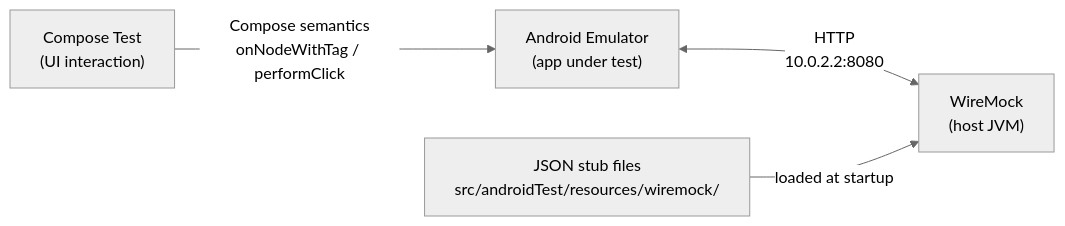
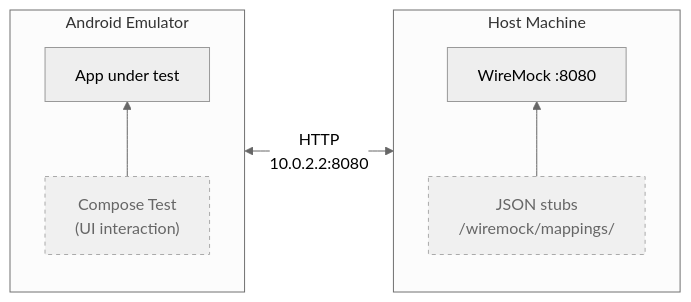
Before and after one commit to Xexanos/mealie-android-unofficial: the diagram in _bmad-output/test-artifacts/test-design/test-design-qa.md, drawn with Mermaid (neutral theme).

Commit message:
Replace ASCII architecture diagram with Mermaid

````diff
--- a/_bmad-output/test-artifacts/test-design/test-design-qa.md
+++ b/_bmad-output/test-artifacts/test-design/test-design-qa.md
@@ -301,11 +301,16 @@
 ```mermaid
 graph LR
-    CT["Compose Test\n(UI interaction)"]
-    EMU["Android Emulator\n(app under test)"]
-    WM["WireMock\n(host JVM)"]
-    STUBS["JSON stub files\nsrc/androidTest/resources/wiremock/"]
+    subgraph device["Android Emulator"]
+        direction BT
+        CT["Compose Test\n(UI interaction)"]:::artifact --> EMU["App under test"]
+    end
 
-    CT -->|"Compose semantics\nonNodeWithTag / performClick"| EMU
-    EMU <-->|"HTTP\n10.0.2.2:8080"| WM
-    STUBS -->|"loaded at startup"| WM
+    subgraph host["Host Machine"]
+        direction BT
+        STUBS["JSON stubs\n/wiremock/mappings/"]:::artifact --> WM["WireMock :8080"]
+    end
+
+    device <-->|"HTTP\n10.0.2.2:8080"| host
+
+    classDef artifact fill:#f0f0f0,stroke:#aaa,stroke-dasharray:4 4,color:#666
 ```
````
